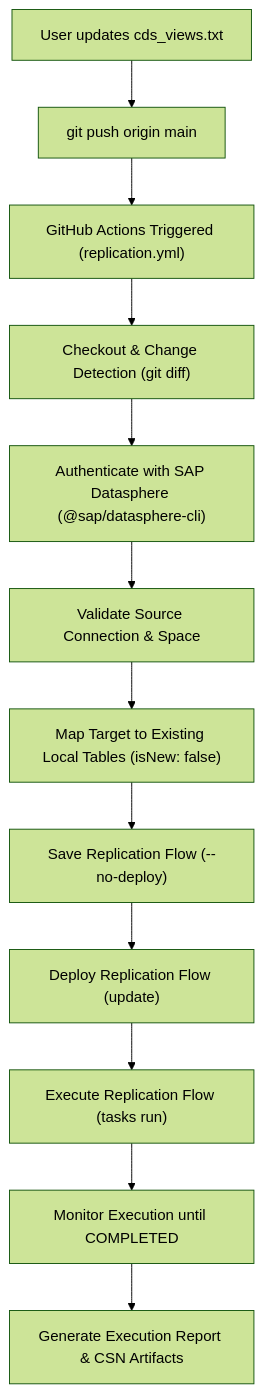
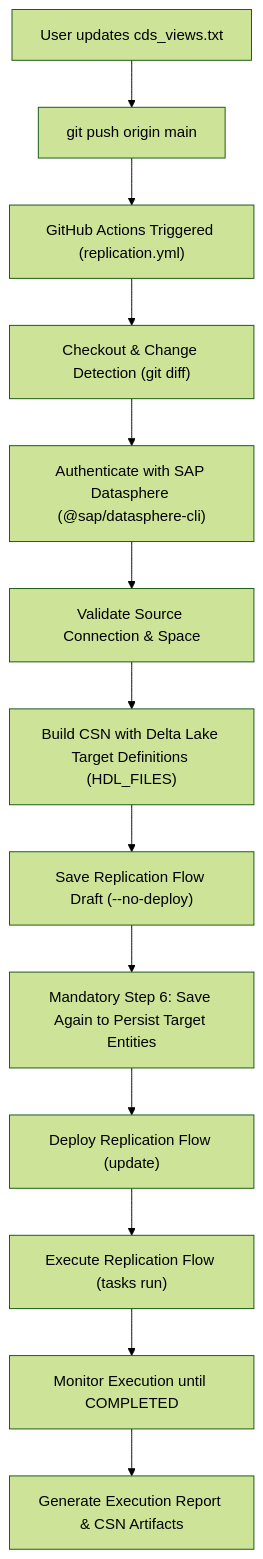
One commit to abtvenkat/GitDS-RF changed the diagram in README.md. Above: the diagram before and after it, drawn with Mermaid (forest theme). The commit also changed other lines of this file and 2 other files, not shown here.

````diff
--- a/README.md
+++ b/README.md
@@ -9,14 +9,15 @@
 ```mermaid
 flowchart TD
     A["User updates cds_views.txt"] --> B["git push origin main"]
     B --> C["GitHub Actions Triggered (replication.yml)"]
     C --> D["Checkout & Change Detection (git diff)"]
     D --> E["Authenticate with SAP Datasphere (@sap/datasphere-cli)"]
     E --> F["Validate Source Connection & Space"]
-    F --> G["Map Target to Existing Local Tables (isNew: false)"]
-    G --> H["Save Replication Flow (--no-deploy)"]
-    H --> I["Deploy Replication Flow (update)"]
-    I --> J["Execute Replication Flow (tasks run)"]
-    J --> K["Monitor Execution until COMPLETED"]
-    K --> L["Generate Execution Report & CSN Artifacts"]
+    F --> G["Build CSN with Delta Lake Target Definitions (HDL_FILES)"]
+    G --> H["Save Replication Flow Draft (--no-deploy)"]
+    H --> I["Mandatory Step 6: Save Again to Persist Target Entities"]
+    I --> J["Deploy Replication Flow (update)"]
+    J --> K["Execute Replication Flow (tasks run)"]
+    K --> L["Monitor Execution until COMPLETED"]
+    L --> M["Generate Execution Report & CSN Artifacts"]
 ```
````
